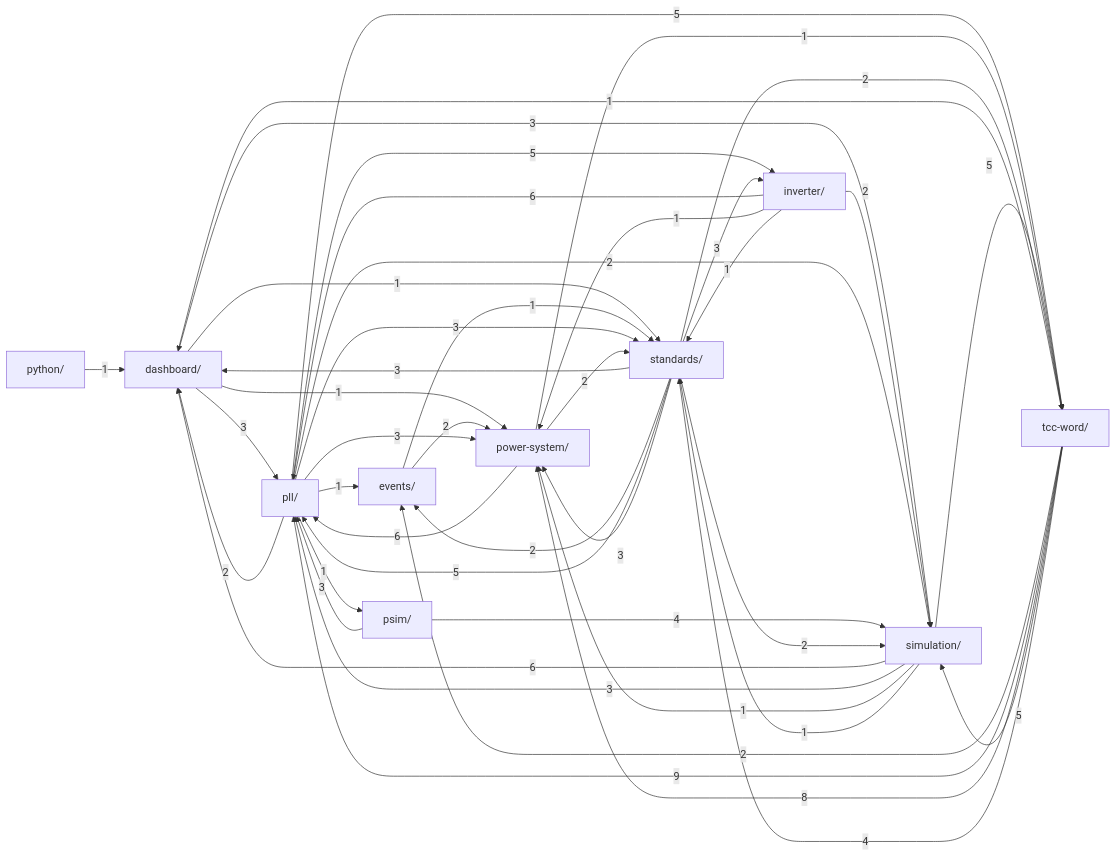
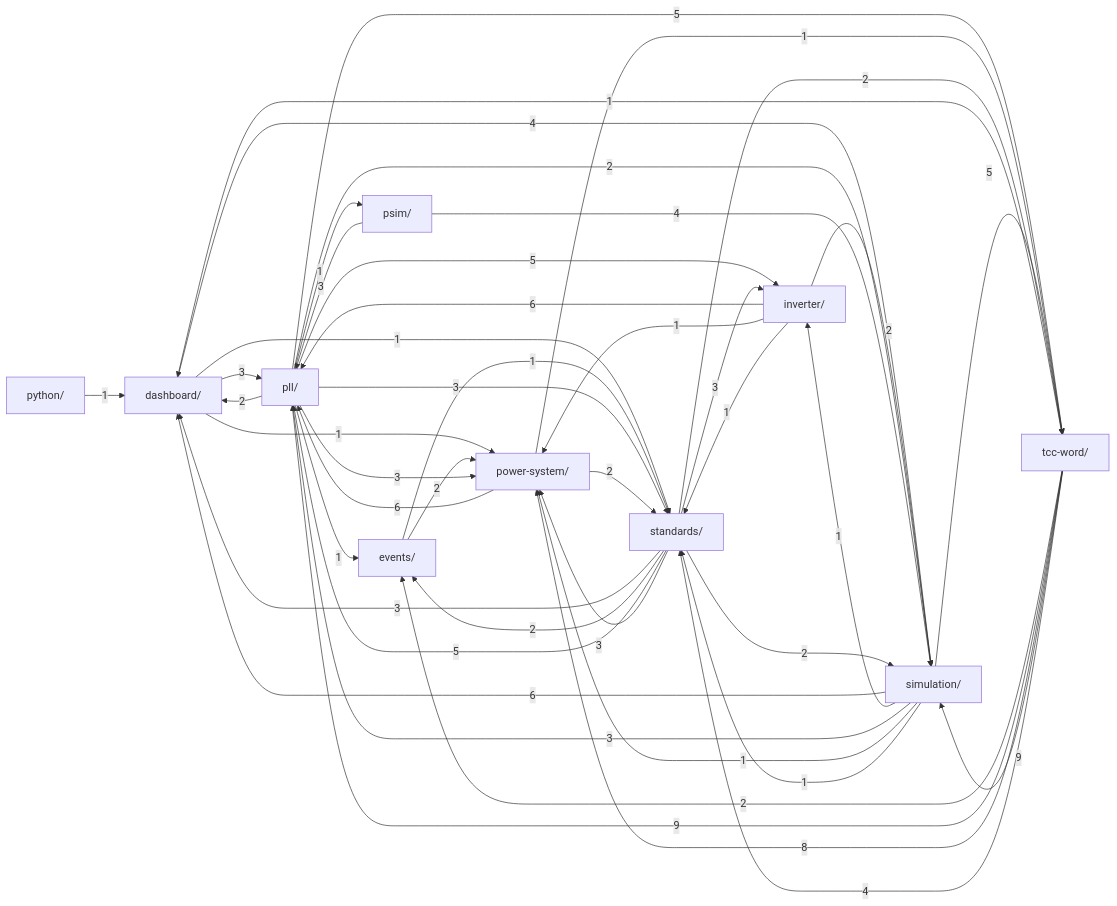
One commit to GGHB0/pll_stability_9bus changed the diagram in .claude/kb/grafo.md. Above: the diagram before and after it, drawn with Mermaid. The commit also changed 149 other files, not shown here.

````diff
--- a/.claude/kb/grafo.md
+++ b/.claude/kb/grafo.md
@@ -12,55 +12,56 @@
 ```mermaid
 graph LR
     dashboard["dashboard/"]
     events["events/"]
     inverter["inverter/"]
     pll["pll/"]
     power_system["power-system/"]
     psim["psim/"]
     python["python/"]
     simulation["simulation/"]
     standards["standards/"]
     tcc_word["tcc-word/"]
     dashboard -->|3| pll
     dashboard -->|1| power_system
-    dashboard -->|3| simulation
+    dashboard -->|4| simulation
     dashboard -->|1| standards
     events -->|2| power_system
     events -->|1| standards
     inverter -->|6| pll
     inverter -->|1| power_system
     inverter -->|2| simulation
     inverter -->|1| standards
     pll -->|2| dashboard
     pll -->|1| events
     pll -->|5| inverter
     pll -->|3| power_system
     pll -->|1| psim
     pll -->|2| simulation
     pll -->|3| standards
     pll -->|5| tcc_word
     power_system -->|6| pll
     power_system -->|2| standards
     power_system -->|1| tcc_word
     psim -->|3| pll
     psim -->|4| simulation
     python -->|1| dashboard
     simulation -->|6| dashboard
+    simulation -->|1| inverter
     simulation -->|3| pll
     simulation -->|1| power_system
     simulation -->|1| standards
     simulation -->|5| tcc_word
     standards -->|3| dashboard
     standards -->|2| events
     standards -->|3| inverter
     standards -->|5| pll
     standards -->|3| power_system
     standards -->|2| simulation
     standards -->|2| tcc_word
     tcc_word -->|1| dashboard
     tcc_word -->|2| events
     tcc_word -->|9| pll
     tcc_word -->|8| power_system
-    tcc_word -->|5| simulation
+    tcc_word -->|9| simulation
     tcc_word -->|4| standards
 ```
````
